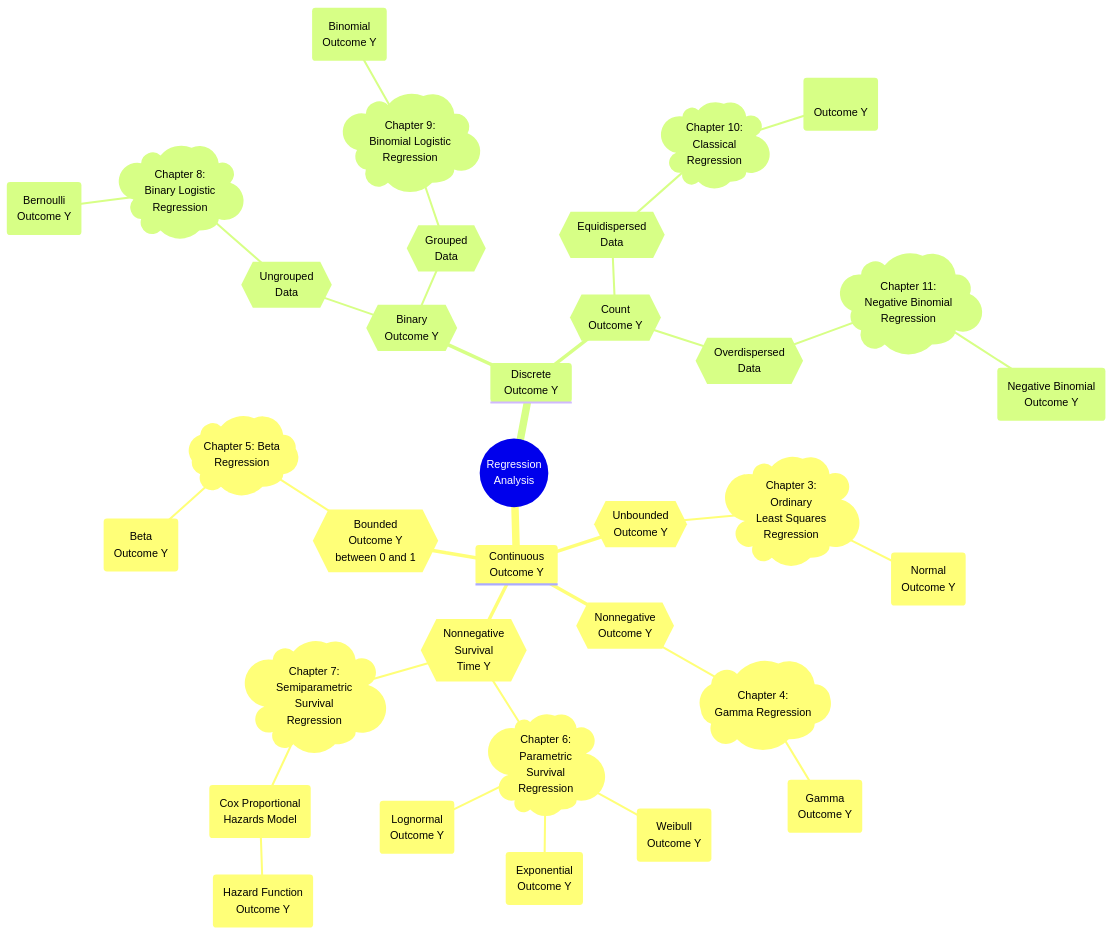
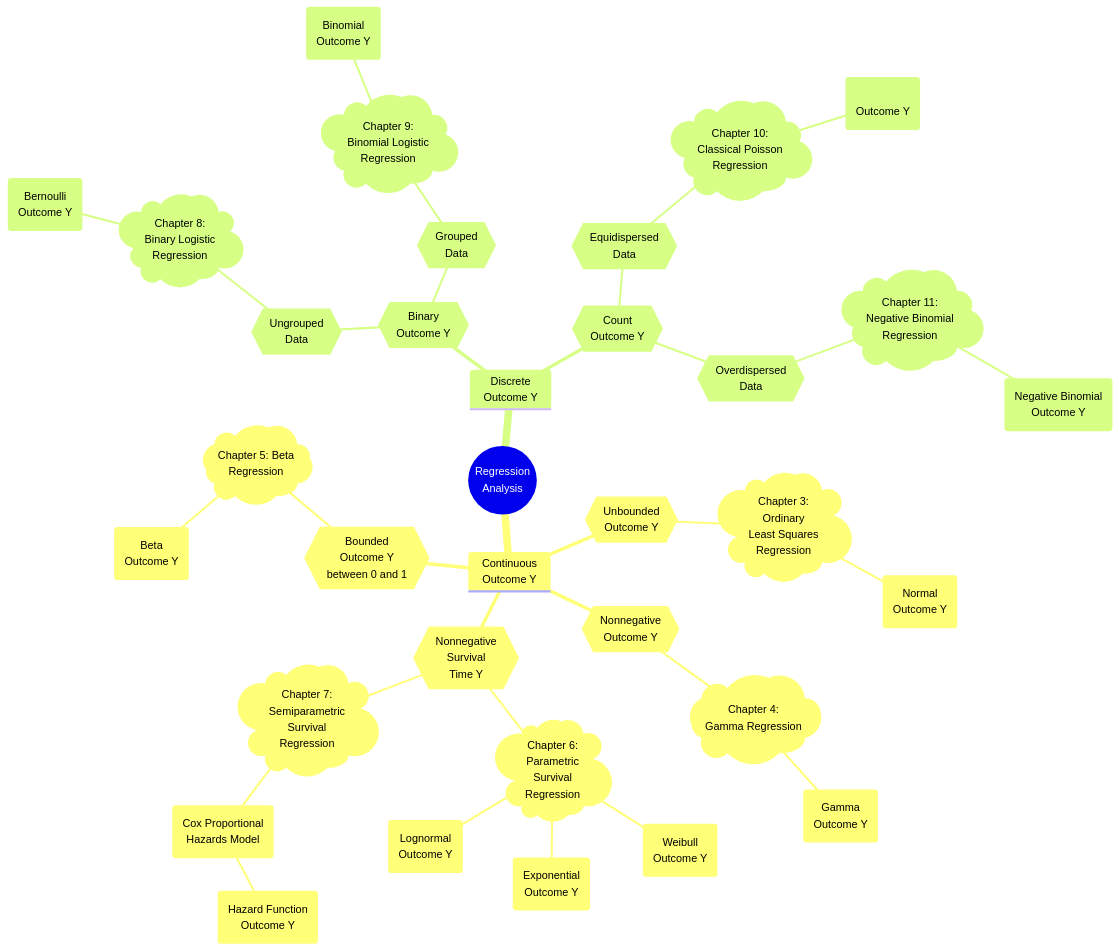
The diagram in book/11-negative-binomial.qmd (alexrod61/regression-cookbook), drawn with Mermaid before and after one commit.

Commit message:
Correct chapter title for Classical Regression

````diff
--- a/book/11-negative-binomial.qmd
+++ b/book/11-negative-binomial.qmd
@@ -47,38 +47,38 @@
 ```{mermaid}
 mindmap
   root((Regression 
   Analysis)
     Continuous <br/>Outcome Y
       {{Unbounded <br/>Outcome Y}}
         )Chapter 3: <br/>Ordinary <br/>Least Squares <br/>Regression(
           (Normal <br/>Outcome Y)
       {{Nonnegative <br/>Outcome Y}}
         )Chapter 4: <br/>Gamma Regression(
           (Gamma <br/>Outcome Y)
       {{Bounded <br/>Outcome Y <br/> between 0 and 1}}
         )Chapter 5: Beta <br/>Regression(
           (Beta <br/>Outcome Y)
       {{Nonnegative <br/>Survival <br/>Time Y}}
         )Chapter 6: <br/>Parametric <br/> Survival <br/>Regression(
           (Exponential <br/>Outcome Y)
           (Weibull <br/>Outcome Y)
           (Lognormal <br/>Outcome Y)
         )Chapter 7: <br/>Semiparametric <br/>Survival <br/>Regression(
           (Cox Proportional <br/>Hazards Model)
             (Hazard Function <br/>Outcome Y)
     Discrete <br/>Outcome Y
       {{Binary <br/>Outcome Y}}
         {{Ungrouped <br/>Data}}
           )Chapter 8: <br/>Binary Logistic <br/>Regression(
             (Bernoulli <br/>Outcome Y)
         {{Grouped <br/>Data}}
           )Chapter 9: <br/>Binomial Logistic <br/>Regression(
             (Binomial <br/>Outcome Y)
       {{Count <br/>Outcome Y}}
         {{Equidispersed <br/>Data}}
-          )Chapter 10: <br/>Classical  <br/>Regression(
+          )Chapter 10: <br/>Classical Poisson <br/>Regression(
             ( <br/>Outcome Y)
         {{Overdispersed <br/>Data}}
           )Chapter 11: <br/>Negative Binomial <br/>Regression(
             (Negative Binomial <br/>Outcome Y)
 ```
````
